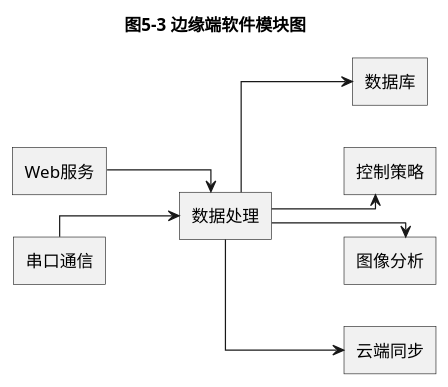
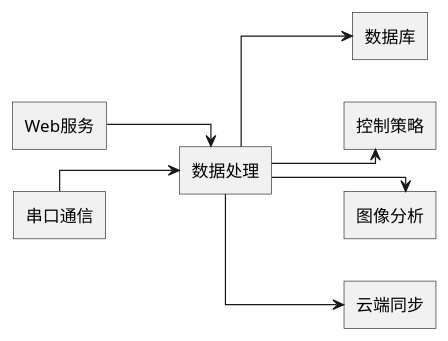
The diagram in 图 5-2 边缘端软件模块图.puml (TSK-io/lunwen), drawn with PlantUML before and after one commit. The commit also changed 5 other files, not shown here.

```diff
--- a/图 5-2 边缘端软件模块图.puml
+++ b/图 5-2 边缘端软件模块图.puml
@@ -1,29 +1,28 @@
 @startuml
-title 图5-3 边缘端软件模块图
 
 left to right direction
 skinparam monochrome true
 skinparam shadowing false
 skinparam defaultFontName Microsoft YaHei
 skinparam defaultTextAlignment center
 skinparam linetype ortho
 skinparam packageStyle rectangle
 skinparam componentStyle rectangle
 skinparam roundcorner 0
 
 rectangle "Web服务" as Web
 rectangle "串口通信" as Serial
 rectangle "数据处理" as Data
 rectangle "数据库" as DB
 rectangle "控制策略" as Ctrl
 rectangle "图像分析" as Vision
 rectangle "云端同步" as Cloud
 
 Web --> Data
 Serial --> Data
 Data --> DB
 Data --> Ctrl
 Data --> Vision
 Data --> Cloud
 
 @enduml
```
